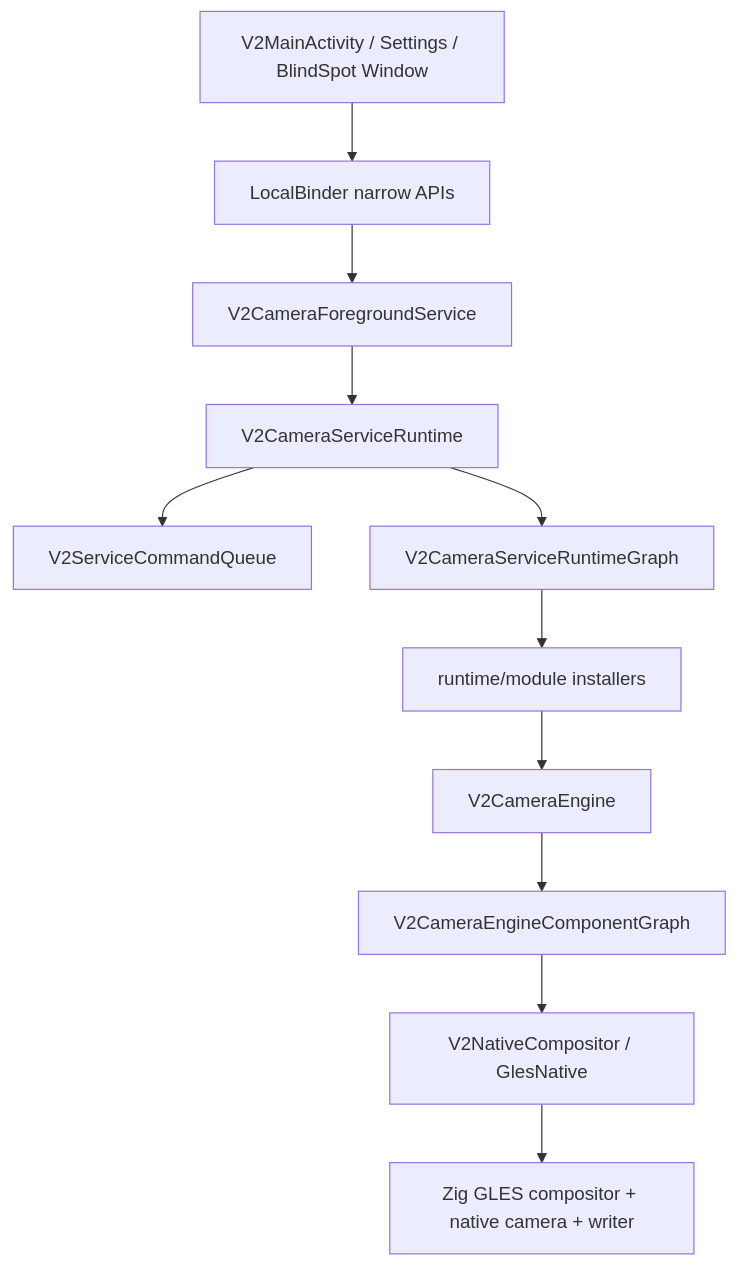
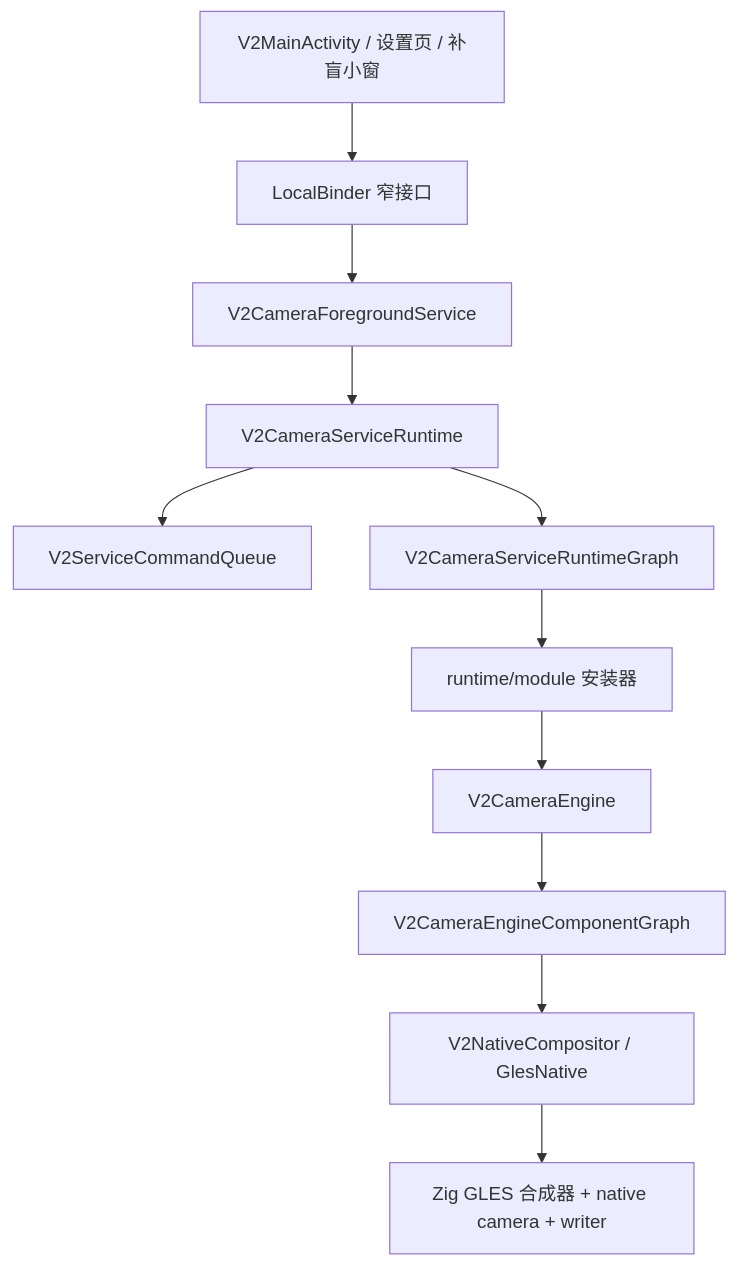
One commit to Ghost3972/EVCamV2 changed the diagram in README.md. Above: the diagram before and after it, drawn with Mermaid. The commit also changed other lines of this file, not shown here.

````diff
--- a/README.md
+++ b/README.md
@@ -121,13 +121,13 @@
 ```mermaid
 flowchart TD
-    UI["V2MainActivity / Settings / BlindSpot Window"] --> Binder["LocalBinder narrow APIs"]
+    UI["V2MainActivity / 设置页 / 补盲小窗"] --> Binder["LocalBinder 窄接口"]
     Binder --> Service["V2CameraForegroundService"]
     Service --> Runtime["V2CameraServiceRuntime"]
     Runtime --> Queue["V2ServiceCommandQueue"]
     Runtime --> Graph["V2CameraServiceRuntimeGraph"]
-    Graph --> Modules["runtime/module installers"]
+    Graph --> Modules["runtime/module 安装器"]
     Modules --> Engine["V2CameraEngine"]
     Engine --> EngineGraph["V2CameraEngineComponentGraph"]
     EngineGraph --> NativeBridge["V2NativeCompositor / GlesNative"]
-    NativeBridge --> Zig["Zig GLES compositor + native camera + writer"]
+    NativeBridge --> Zig["Zig GLES 合成器 + native camera + writer"]
 ```
````
